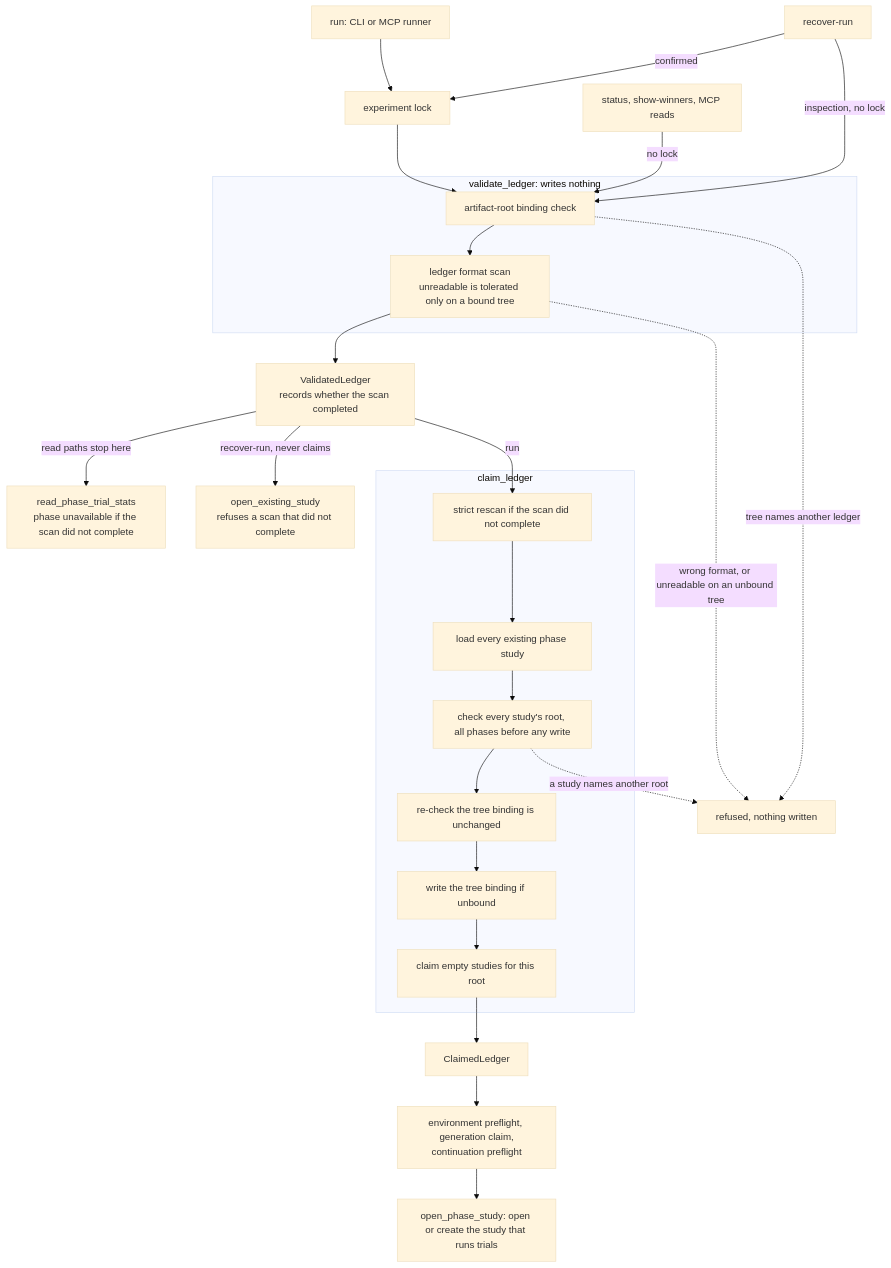
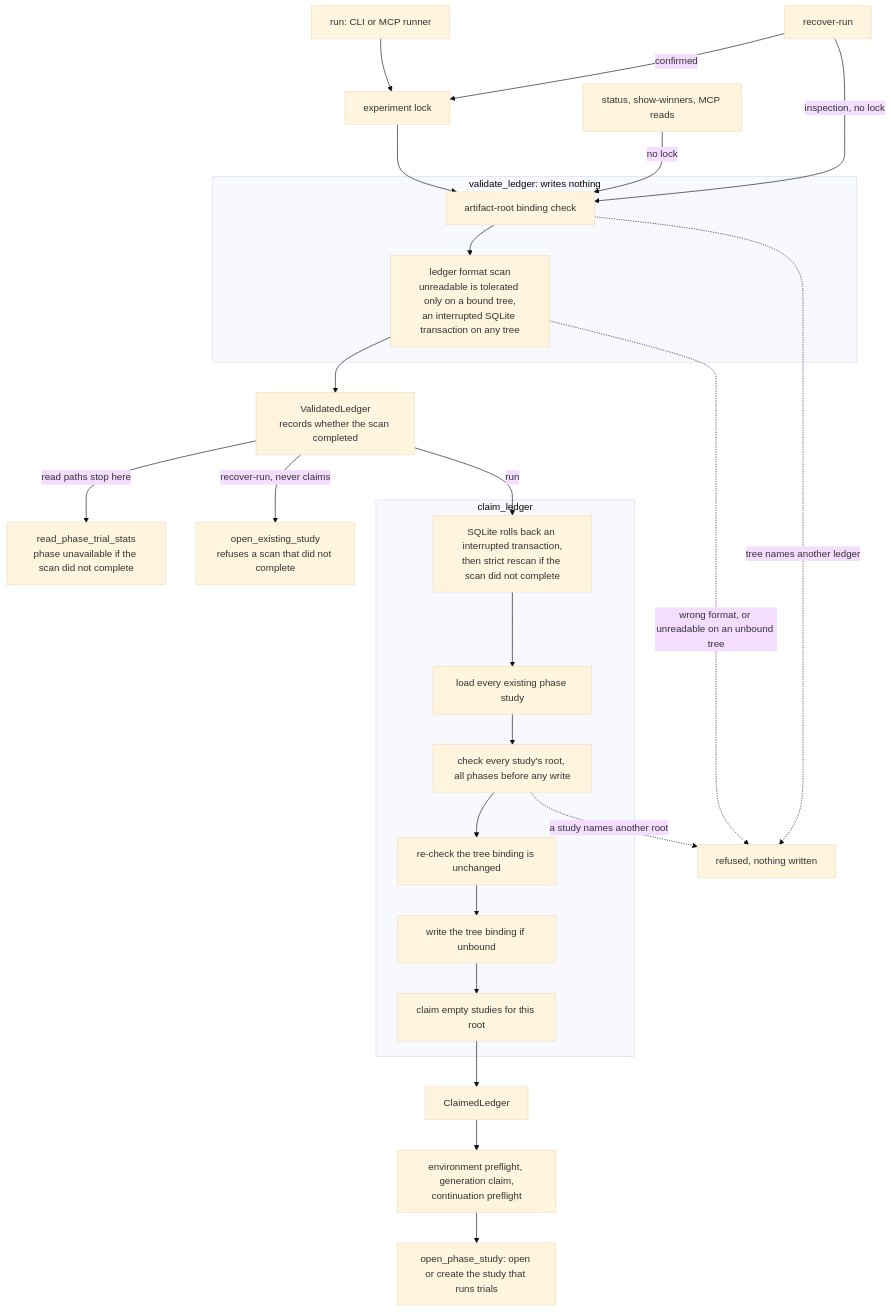
The diagram in docs/invariants.md (pszemraj/phasesweep), drawn with Mermaid (base theme) before and after one commit. The commit also changed other lines of this file and 8 other files, not shown here.

First line of the commit message:
fix(ledger): let a locked path roll back an interrupted SQLite commit

````diff
--- a/docs/invariants.md
+++ b/docs/invariants.md
@@ -51,28 +52,28 @@
 ```mermaid
 flowchart TD
     run["run: CLI or MCP runner"] --> lock["experiment lock"]
     recover["recover-run"] -->|"confirmed"| lock
     recover -->|"inspection, no lock"| check
     reads["status, show-winners, MCP reads"] -->|"no lock"| check
     lock --> check
     subgraph validate["validate_ledger: writes nothing"]
-        check["artifact-root binding check"] --> scan["ledger format scan<br/>unreadable is tolerated only on a bound tree"]
+        check["artifact-root binding check"] --> scan["ledger format scan<br/>unreadable is tolerated only on a bound tree,<br/>an interrupted SQLite transaction on any tree"]
     end
     scan --> handle["ValidatedLedger<br/>records whether the scan completed"]
     handle -->|"read paths stop here"| ro["read_phase_trial_stats<br/>phase unavailable if the scan did not complete"]
     handle -->|"recover-run, never claims"| existing["open_existing_study<br/>refuses a scan that did not complete"]
     handle -->|"run"| rescan
     subgraph claim["claim_ledger"]
-        rescan["strict rescan if the scan did not complete"] --> discover["load every existing phase study"]
+        rescan["SQLite rolls back an interrupted transaction,<br/>then strict rescan if the scan did not complete"] --> discover["load every existing phase study"]
         discover --> roots["check every study's root, all phases before any write"]
         roots --> recheck["re-check the tree binding is unchanged"]
         recheck --> bind["write the tree binding if unbound"]
         bind --> claimst["claim empty studies for this root"]
     end
     claimst --> claimed["ClaimedLedger"]
     claimed --> pre["environment preflight, generation claim,<br/>continuation preflight"]
     pre --> open["open_phase_study: open or create the study that runs trials"]
     check -.->|"tree names another ledger"| refused["refused, nothing written"]
     scan -.->|"wrong format, or unreadable on an unbound tree"| refused
     roots -.->|"a study names another root"| refused
 ```
````
